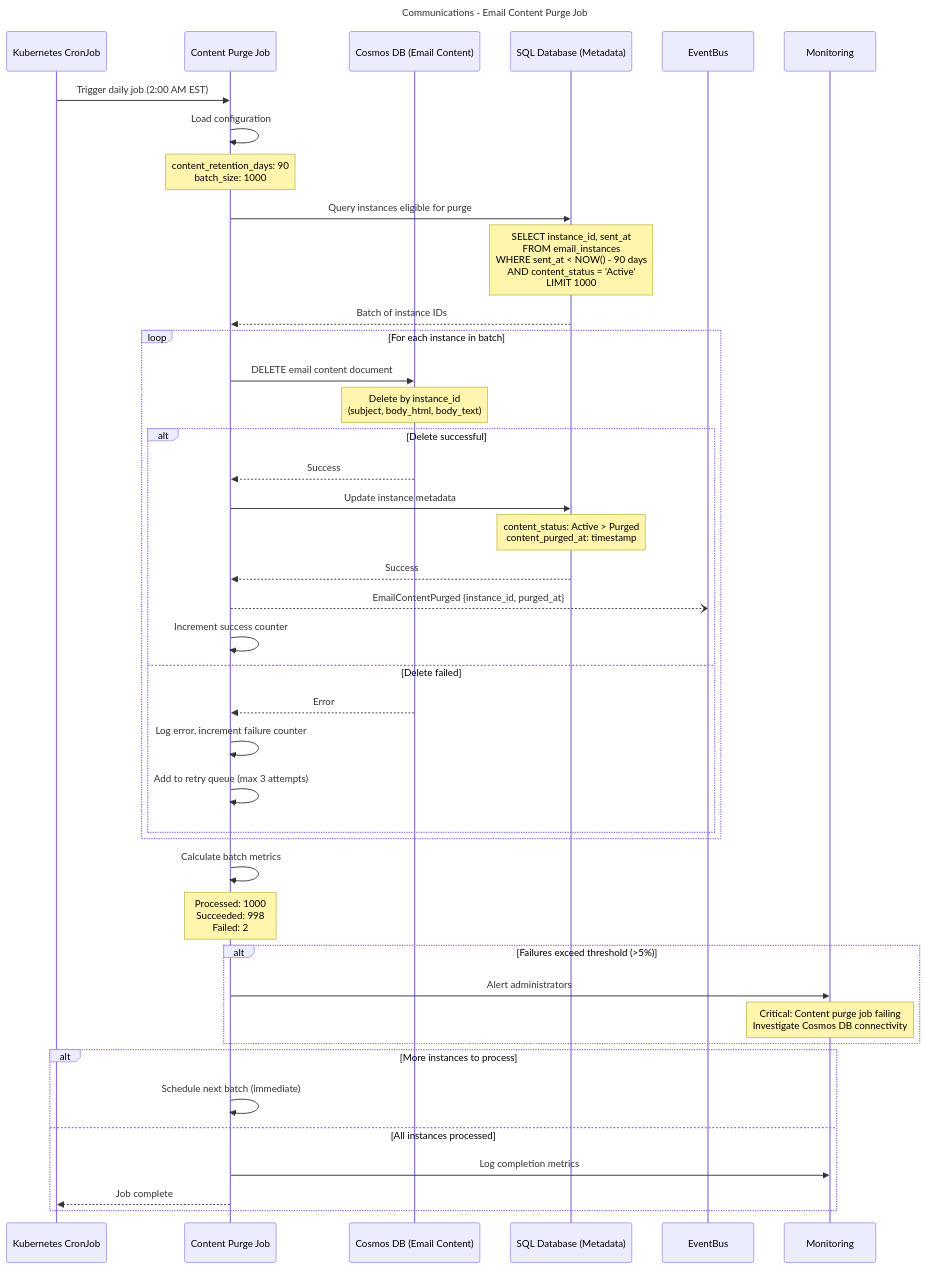
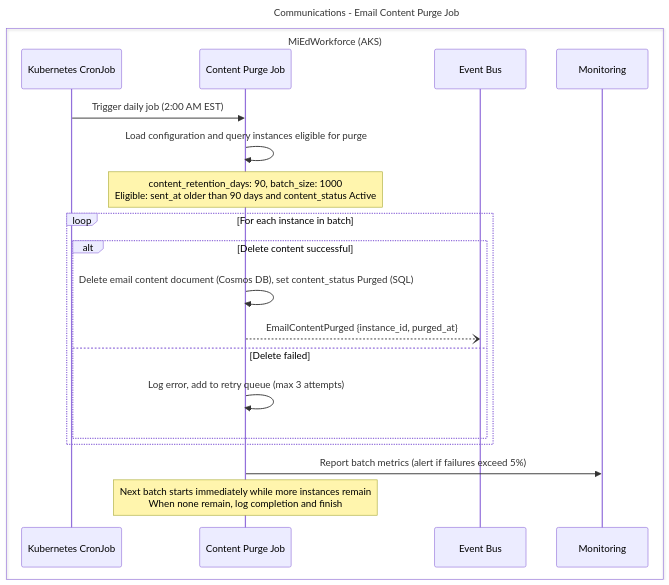
One commit to mnichols-dl/mied-design changed the tenth of 15 diagrams in working-docs/solution-areas/communications/communications-sequences.md. Above: the diagram before and after it, drawn with Mermaid. The commit also changed other lines of this file and 34 other files, not shown here.

Commit message:
Update sequences and perform RTM assessment

````diff
--- a/working-docs/solution-areas/communications/communications-sequences.md
+++ b/working-docs/solution-areas/communications/communications-sequences.md
@@ -526,55 +555,28 @@
 ```mermaid
 ---
 title: Communications - Email Content Purge Job
 ---
 sequenceDiagram
+    box MiEdWorkforce (AKS)
     participant Scheduler as Kubernetes CronJob
     participant Job as Content Purge Job
-    participant CosmosDB as Cosmos DB (Email Content)
-    participant SQL as SQL Database (Metadata)
-    participant EventBus
+    participant EventBus as Event Bus
     participant Monitoring
-    
+    end
+
     Scheduler->>Job: Trigger daily job (2:00 AM EST)
-    Job->>Job: Load configuration
-    Note over Job: content_retention_days: 90<br/>batch_size: 1000
-    
-    Job->>SQL: Query instances eligible for purge
-    Note over SQL: SELECT instance_id, sent_at<br/>FROM email_instances<br/>WHERE sent_at < NOW() - 90 days<br/>AND content_status = 'Active'<br/>LIMIT 1000
-    SQL-->>Job: Batch of instance IDs
-    
+    Job->>Job: Load configuration and query instances eligible for purge
+    Note over Job: content_retention_days: 90, batch_size: 1000<br/>Eligible: sent_at older than 90 days and content_status Active
+
     loop For each instance in batch
-        Job->>CosmosDB: DELETE email content document
-        Note over CosmosDB: Delete by instance_id<br/>(subject, body_html, body_text)
-        
-        alt Delete successful
-            CosmosDB-->>Job: Success
-            
-            Job->>SQL: Update instance metadata
-            Note over SQL: content_status: Active > Purged<br/>content_purged_at: timestamp
-            SQL-->>Job: Success
-            
+        alt Delete content successful
+            Job->>Job: Delete email content document (Cosmos DB), set content_status Purged (SQL)
             Job--)EventBus: EmailContentPurged {instance_id, purged_at}
-            Job->>Job: Increment success counter
         else Delete failed
-            CosmosDB-->>Job: Error
-            Job->>Job: Log error, increment failure counter
-            Job->>Job: Add to retry queue (max 3 attempts)
+            Job->>Job: Log error, add to retry queue (max 3 attempts)
         end
     end
-    
-    Job->>Job: Calculate batch metrics
-    Note over Job: Processed: 1000<br/>Succeeded: 998<br/>Failed: 2
-    
-    alt Failures exceed threshold (>5%)
-        Job->>Monitoring: Alert administrators
-        Note over Monitoring: Critical: Content purge job failing<br/>Investigate Cosmos DB connectivity
-    end
-    
-    alt More instances to process
-        Job->>Job: Schedule next batch (immediate)
-    else All instances processed
-        Job->>Monitoring: Log completion metrics
-        Job-->>Scheduler: Job complete
-    end
+
+    Job->>Monitoring: Report batch metrics (alert if failures exceed 5%)
+    Note over Job: Next batch starts immediately while more instances remain<br/>When none remain, log completion and finish
 ```
````
